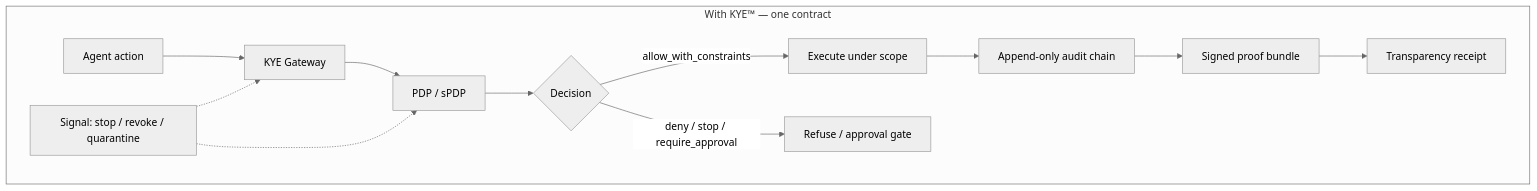
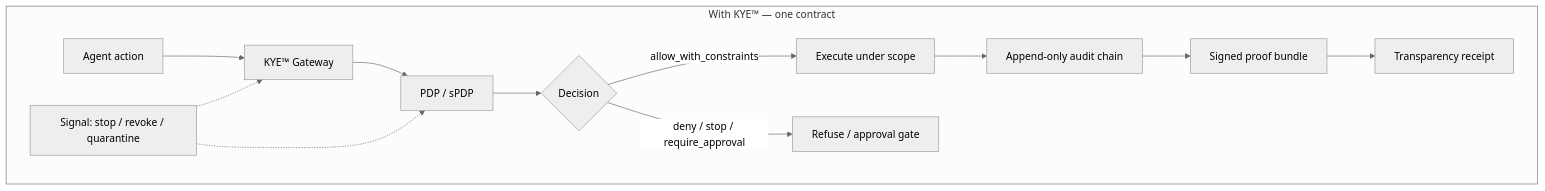
The second of 7 diagrams in profile/README.md (KYE-Protocol/.github), drawn with Mermaid (neutral theme) before and after one commit. The commit also changed other lines of this file, not shown here.

Commit message:
Add ™ to KYE Gateway and KYE artefact (first prominent use)

````diff
--- a/profile/README.md
+++ b/profile/README.md
@@ -41,16 +41,16 @@
 ```mermaid
 flowchart LR
   subgraph "With KYE™ — one contract"
     direction LR
-    A2[Agent action] --> G[KYE Gateway]
+    A2[Agent action] --> G[KYE™ Gateway]
     G --> P[PDP / sPDP]
     P --> D{Decision}
     D -- allow_with_constraints --> E[Execute under scope]
     D -- deny / stop / require_approval --> R[Refuse / approval gate]
     E --> AUD[Append-only audit chain]
     AUD --> PB[Signed proof bundle]
     PB --> TS[Transparency receipt]
     SIG[Signal: stop / revoke / quarantine] -.-> G
     SIG -.-> P
   end
 ```
````
